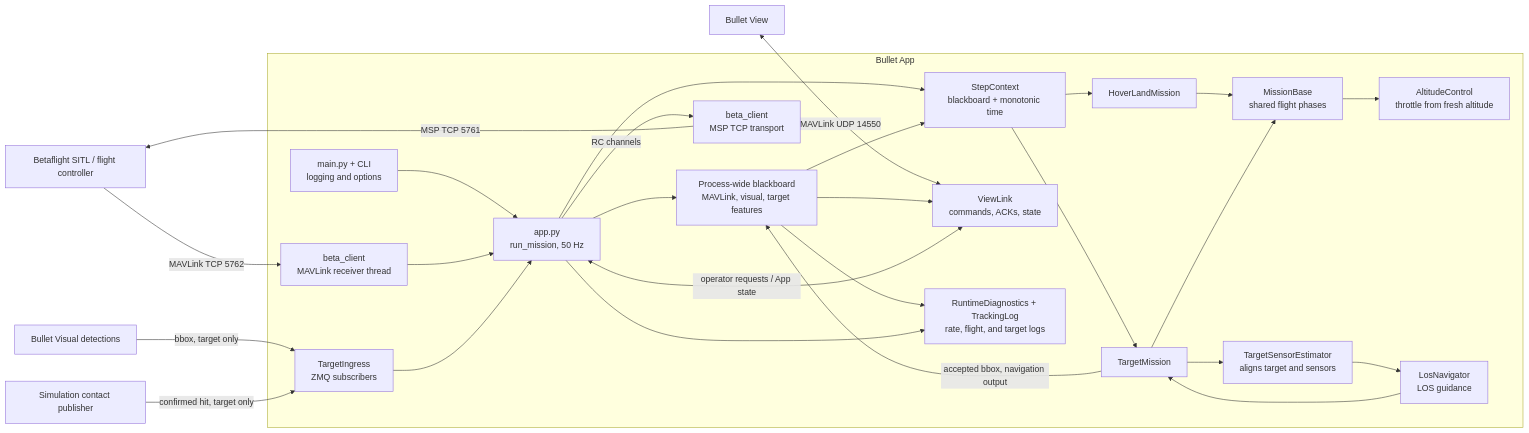
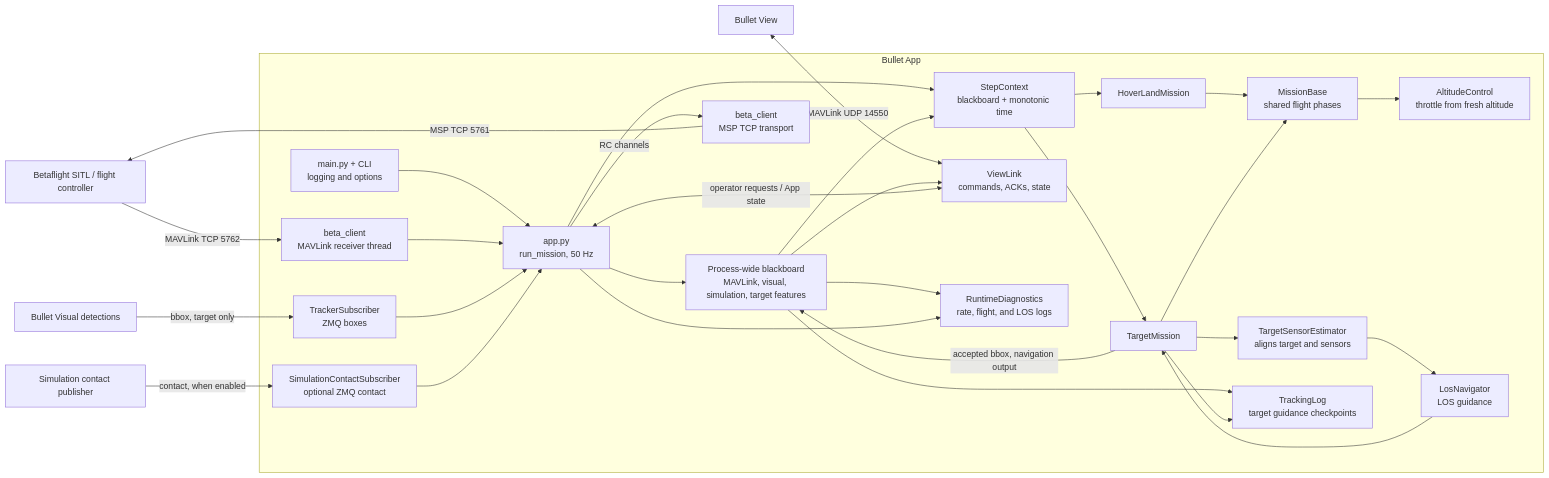
Before and after one commit to mayaboker/bullet_app: the first of 2 diagrams in docs/mission-control-loop.md, drawn with Mermaid. The commit also changed other lines of this file and 25 other files, not shown here.

First line of the commit message:
Implement target tracking-log ownership and separate tracker simulation inputs

````diff
--- a/docs/mission-control-loop.md
+++ b/docs/mission-control-loop.md
@@ -7,46 +7,49 @@
 ```mermaid
 flowchart LR
     FC["Betaflight SITL / flight controller"]
     View["Bullet View"]
     Visual["Bullet Visual detections"]
     Contact["Simulation contact publisher"]
 
     subgraph App["Bullet App"]
         Entry["main.py + CLI<br/>logging and options"]
         Runner["app.py<br/>run_mission, 50 Hz"]
         Telemetry["beta_client<br/>MAVLink receiver thread"]
-        Blackboard["Process-wide blackboard<br/>MAVLink, visual, target features"]
+        Blackboard["Process-wide blackboard<br/>MAVLink, visual, simulation, target features"]
         Context["StepContext<br/>blackboard + monotonic time"]
         Msp["beta_client<br/>MSP TCP transport"]
         Link["ViewLink<br/>commands, ACKs, state"]
-        Ingress["TargetIngress<br/>ZMQ subscribers"]
+        Tracker["TrackerSubscriber<br/>ZMQ boxes"]
+        Simulation["SimulationContactSubscriber<br/>optional ZMQ contact"]
         Hover["HoverLandMission"]
         Target["TargetMission"]
         Base["MissionBase<br/>shared flight phases"]
         Altitude["AltitudeControl<br/>throttle from fresh altitude"]
         Estimator["TargetSensorEstimator<br/>aligns target and sensors"]
         Navigator["LosNavigator<br/>LOS guidance"]
-        Diagnostics["RuntimeDiagnostics + TrackingLog<br/>rate, flight, and target logs"]
+        Diagnostics["RuntimeDiagnostics<br/>rate, flight, and LOS logs"]
+        Tracking["TrackingLog<br/>target guidance checkpoints"]
     end
 
     Entry --> Runner
     FC -->|"MAVLink TCP 5762"| Telemetry
     Telemetry --> Runner --> Blackboard
     Runner --> Context --> Hover
     Context --> Target
     Blackboard --> Context
     Runner -->|"RC channels"| Msp -->|"MSP TCP 5761"| FC
     View <-->|"MAVLink UDP 14550"| Link
     Link <-->|"operator requests / App state"| Runner
-    Visual -->|"bbox, target only"| Ingress
-    Contact -->|"confirmed hit, target only"| Ingress
-    Ingress --> Runner
+    Visual -->|"bbox, target only"| Tracker --> Runner
+    Contact -->|"contact, when enabled"| Simulation --> Runner
     Hover --> Base
     Target --> Base
     Base --> Altitude
     Target --> Estimator --> Navigator --> Target
     Target -->|"accepted bbox, navigation output"| Blackboard
     Blackboard --> Link
     Blackboard --> Diagnostics
+    Blackboard --> Tracking
     Runner --> Diagnostics
+    Target --> Tracking
 ```
````
